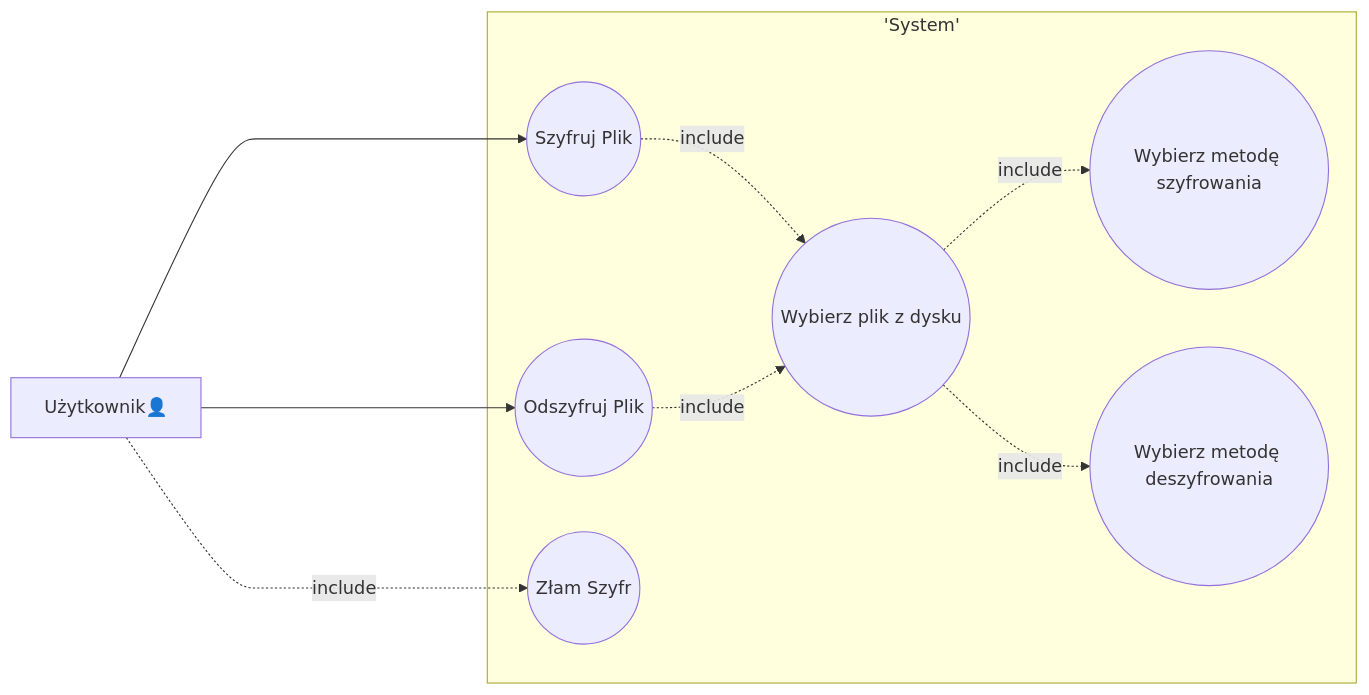
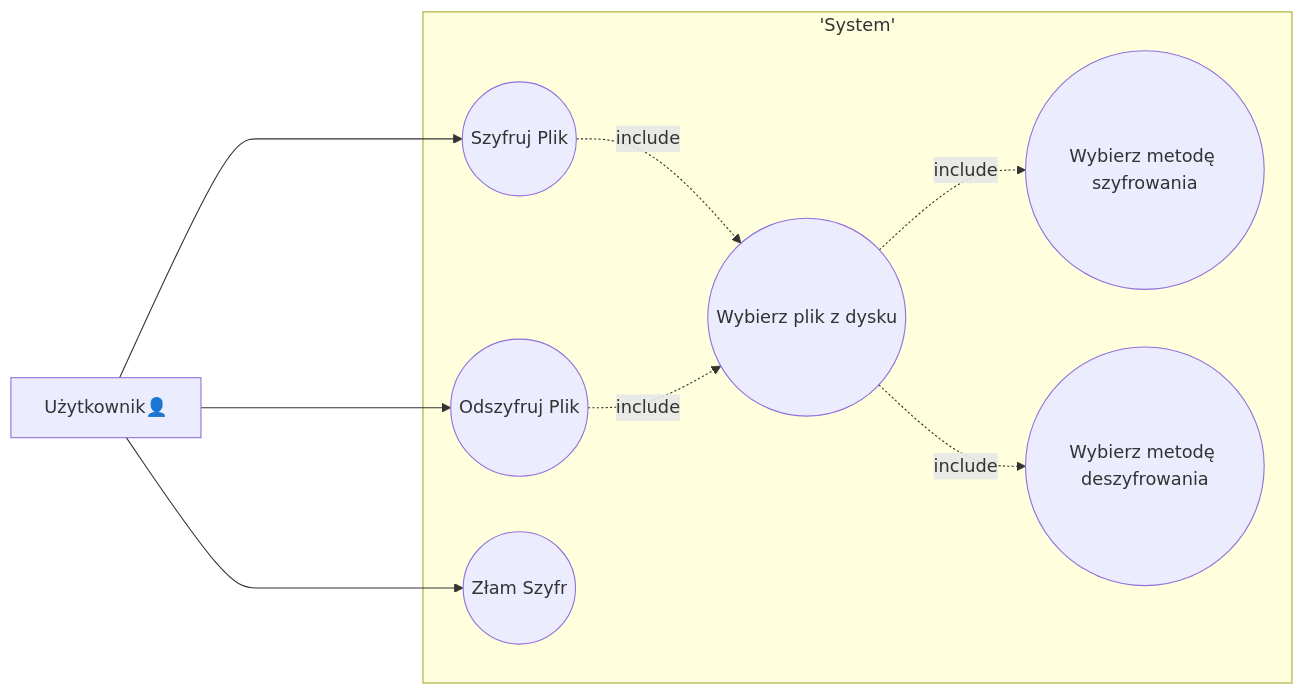
The diagram in README.md (programowanie-obiektowe-projekt/cracking-enigma), drawn with Mermaid before and after one commit.

````diff
--- a/README.md
+++ b/README.md
@@ -44,22 +44,22 @@
 ```mermaid
 flowchart LR
     subgraph 'System'
     uc1((Szyfruj Plik))
     uc2((Odszyfruj Plik))
     uc6((Złam Szyfr))
     uc3((Wybierz plik z dysku))
     uc4((Wybierz metodę szyfrowania))
 	uc5((Wybierz metodę deszyfrowania))
 
     end
     customer[Użytkownik👤]
 
     customer----->uc1
     customer-->uc2
-    customer -. include .-> uc6
+    customer --> uc6
     uc1 -. include .-> uc3
     uc3 -. include .-> uc4
     uc2 -. include .-> uc3
     uc3 -. include .-> uc5
     
 ```
````
